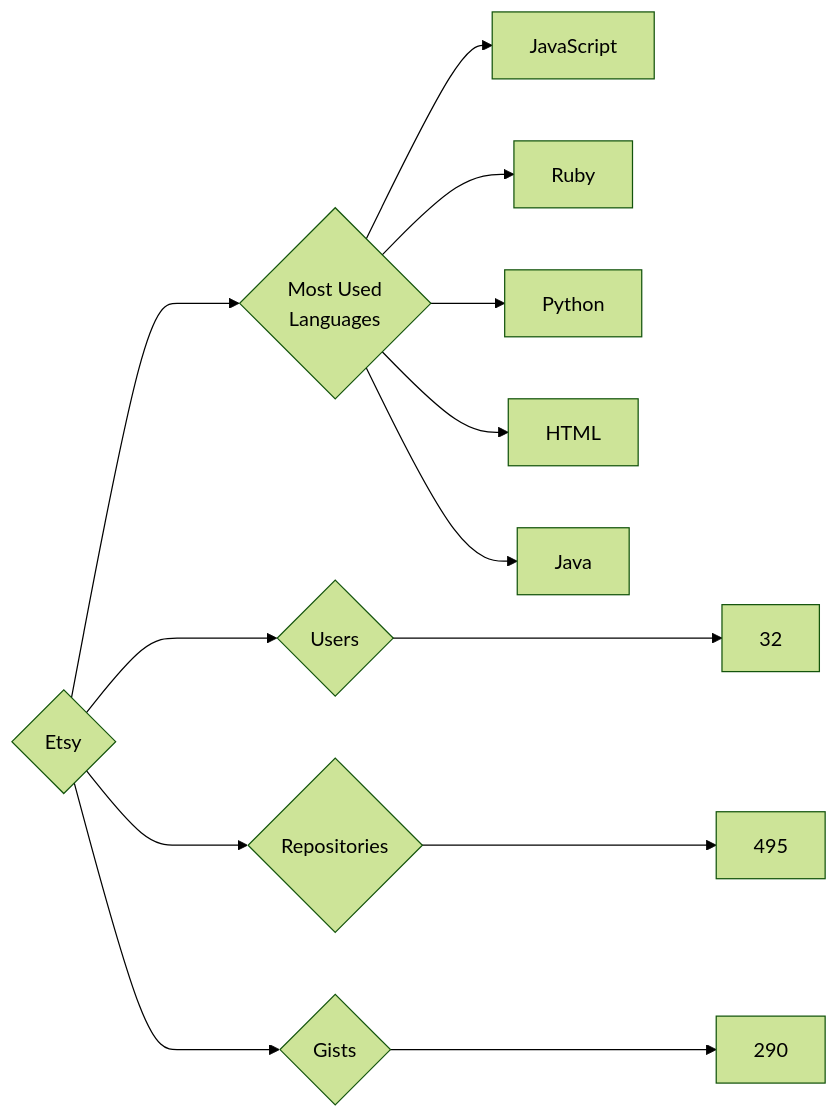
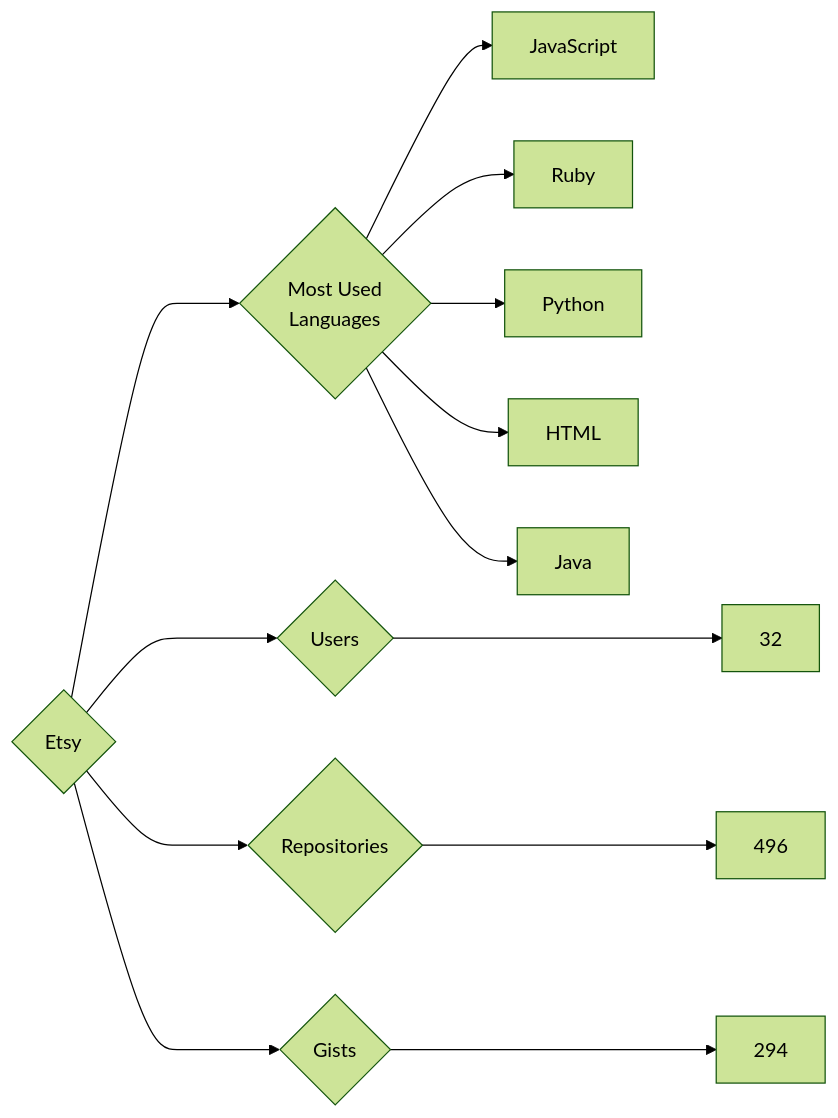
Before and after one commit to trickest/insiders: the diagram in targets/Etsy/README.md, drawn with Mermaid (forest theme). The commit also changed 837 other files, not shown here.

````diff
--- a/targets/Etsy/README.md
+++ b/targets/Etsy/README.md
@@ -3,13 +3,13 @@
 ```mermaid
 graph LR
 COMPANY_NAME{Etsy}
 COMPANY_NAME ---> U{Users} ---> UN[32]
-COMPANY_NAME ---> R{Repositories} ---> RN[495]
-COMPANY_NAME ---> G{Gists} ---> GN[290]
+COMPANY_NAME ---> R{Repositories} ---> RN[496]
+COMPANY_NAME ---> G{Gists} ---> GN[294]
 COMPANY_NAME ---> ML{Most Used<br>Languages}
 ML --> JavaScript[JavaScript]
 ML --> Ruby[Ruby]
 ML --> Python[Python]
 ML --> HTML[HTML]
 ML --> Java[Java]
 ```
````
